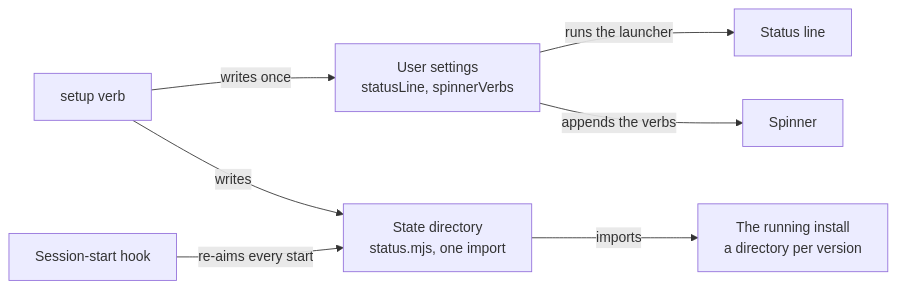
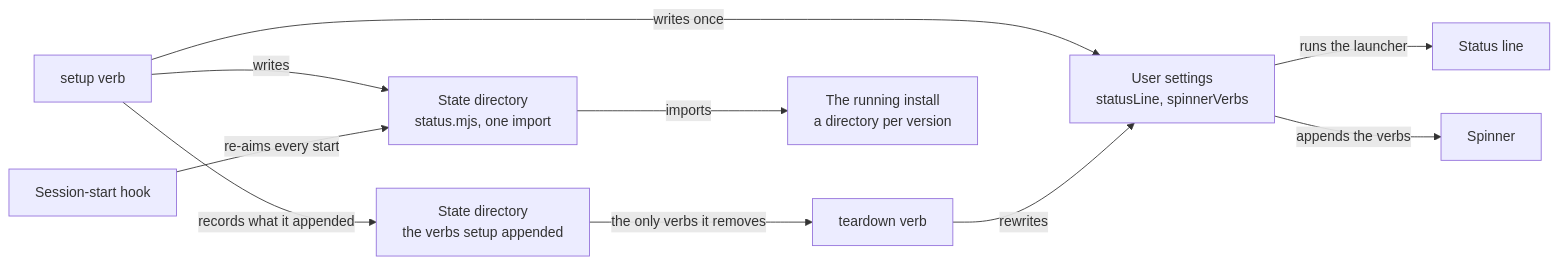
Before and after one commit to Esposter/Esposter: the fourth of 4 diagrams in apps/web/content/docs/infra/claude-interface/persona-plugin.md, drawn with Mermaid. The commit also changed other lines of this file and 14 other files, not shown here.

````diff
--- a/apps/web/content/docs/infra/claude-interface/persona-plugin.md
+++ b/apps/web/content/docs/infra/claude-interface/persona-plugin.md
@@ -150,17 +150,22 @@
 ```mermaid
 flowchart LR
     Setup["setup verb"]
+    Teardown["teardown verb"]
     Settings["User settings<br/>statusLine, spinnerVerbs"]
     Launcher["State directory<br/>status.mjs, one import"]
+    Record["State directory<br/>the verbs setup appended"]
     Hook["Session-start hook"]
     Install["The running install<br/>a directory per version"]
     Spinner["Spinner"]
     Line["Status line"]
 
     Setup -->|writes once| Settings
     Setup -->|writes| Launcher
+    Setup -->|records what it appended| Record
+    Record -->|the only verbs it removes| Teardown
+    Teardown -->|rewrites| Settings
     Hook -->|re-aims every start| Launcher
     Launcher -->|imports| Install
     Settings -->|runs the launcher| Line
     Settings -->|appends the verbs| Spinner
 ```
````
